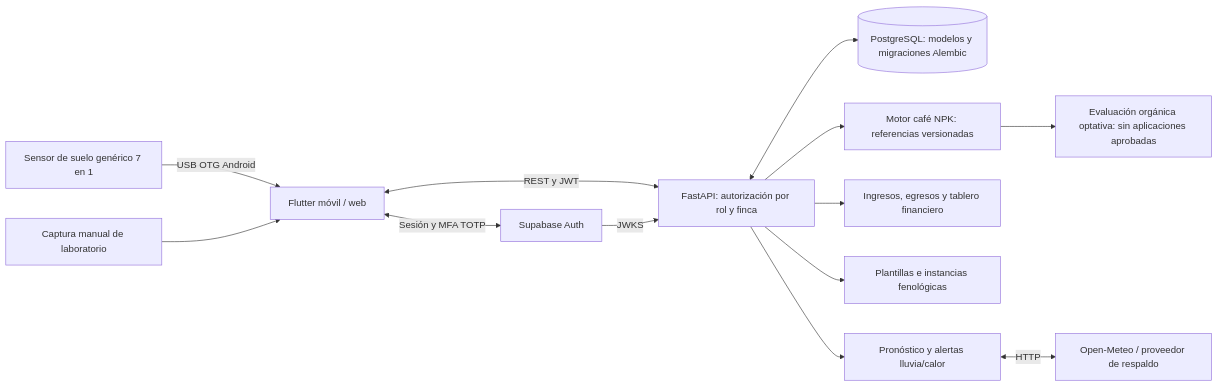
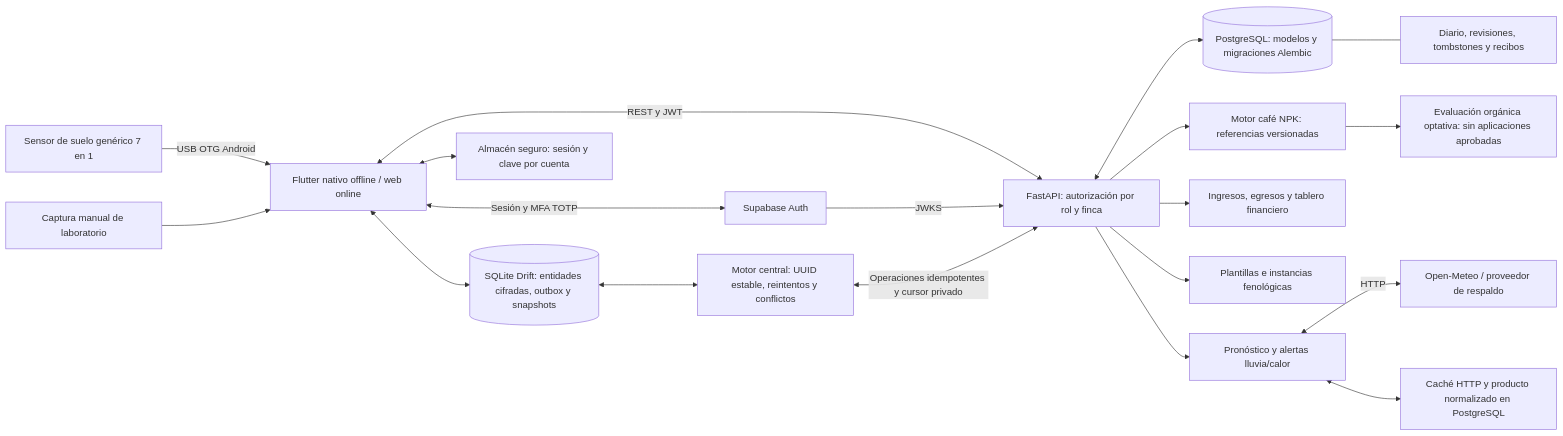
One commit to ferjovel06/agrifos changed the diagram in docs/diagrams/architecture_diagram.mmd. Above: the diagram before and after it, drawn with Mermaid. The commit also changed 14 other files, not shown here.

Commit message:
docs(offline): record architecture acceptance evidence and operating limits

```diff
--- a/docs/diagrams/architecture_diagram.mmd
+++ b/docs/diagrams/architecture_diagram.mmd
@@ -1,13 +1,19 @@
 flowchart LR
-    Sensor["Sensor de suelo genérico 7 en 1"] -->|USB OTG Android| App["Flutter móvil / web"]
+    Sensor["Sensor de suelo genérico 7 en 1"] -->|USB OTG Android| App["Flutter nativo offline / web online"]
     Lab["Captura manual de laboratorio"] --> App
     App <-->|Sesión y MFA TOTP| Auth["Supabase Auth"]
     App <-->|REST y JWT| API["FastAPI: autorización por rol y finca"]
     Auth -->|JWKS| API
     API <--> DB[("PostgreSQL: modelos y migraciones Alembic")]
     API --> Engine["Motor café NPK: referencias versionadas"]
     Engine --> Organic["Evaluación orgánica optativa: sin aplicaciones aprobadas"]
     API --> Finance["Ingresos, egresos y tablero financiero"]
     API --> Pheno["Plantillas e instancias fenológicas"]
     API --> Climate["Pronóstico y alertas lluvia/calor"]
     Climate <-->|HTTP| Weather["Open-Meteo / proveedor de respaldo"]
+    App <--> Local[("SQLite Drift: entidades cifradas, outbox y snapshots")]
+    App <--> Vault["Almacén seguro: sesión y clave por cuenta"]
+    Local <--> Sync["Motor central: UUID estable, reintentos y conflictos"]
+    Sync <-->|Operaciones idempotentes y cursor privado| API
+    DB --- Journal["Diario, revisiones, tombstones y recibos"]
+    Climate <--> Cache["Caché HTTP y producto normalizado en PostgreSQL"]
```
